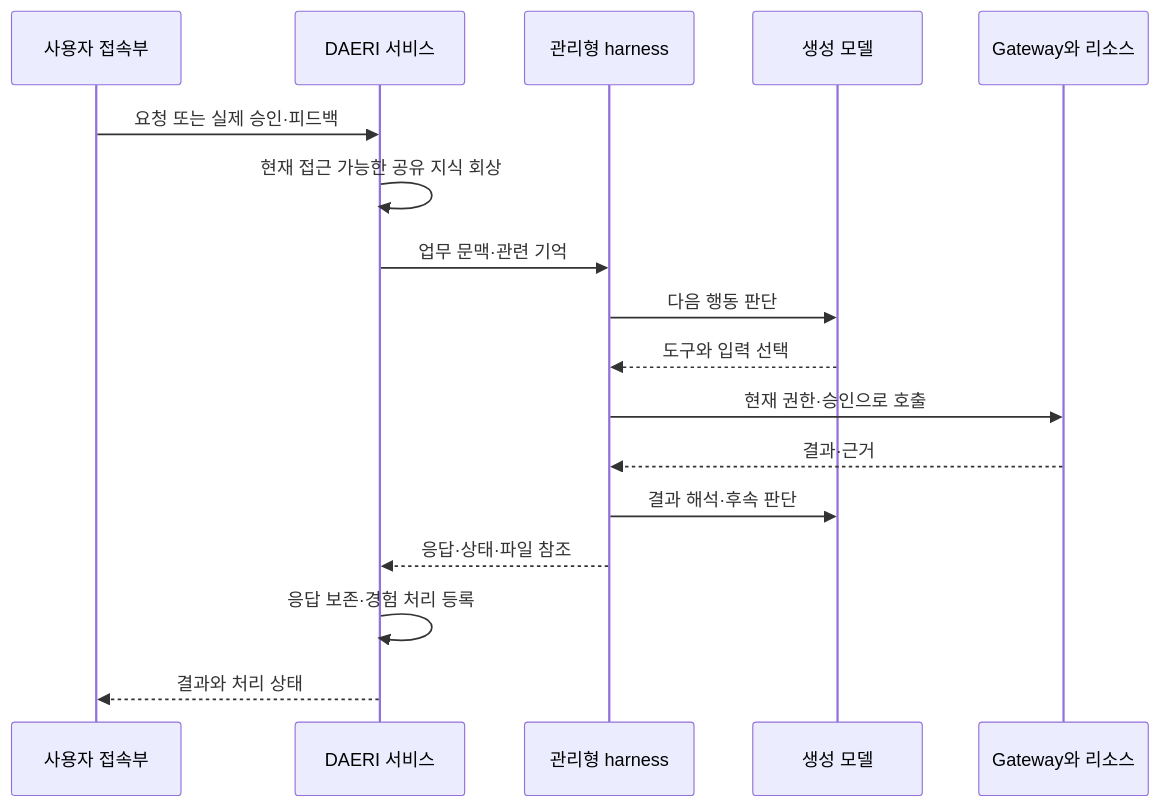
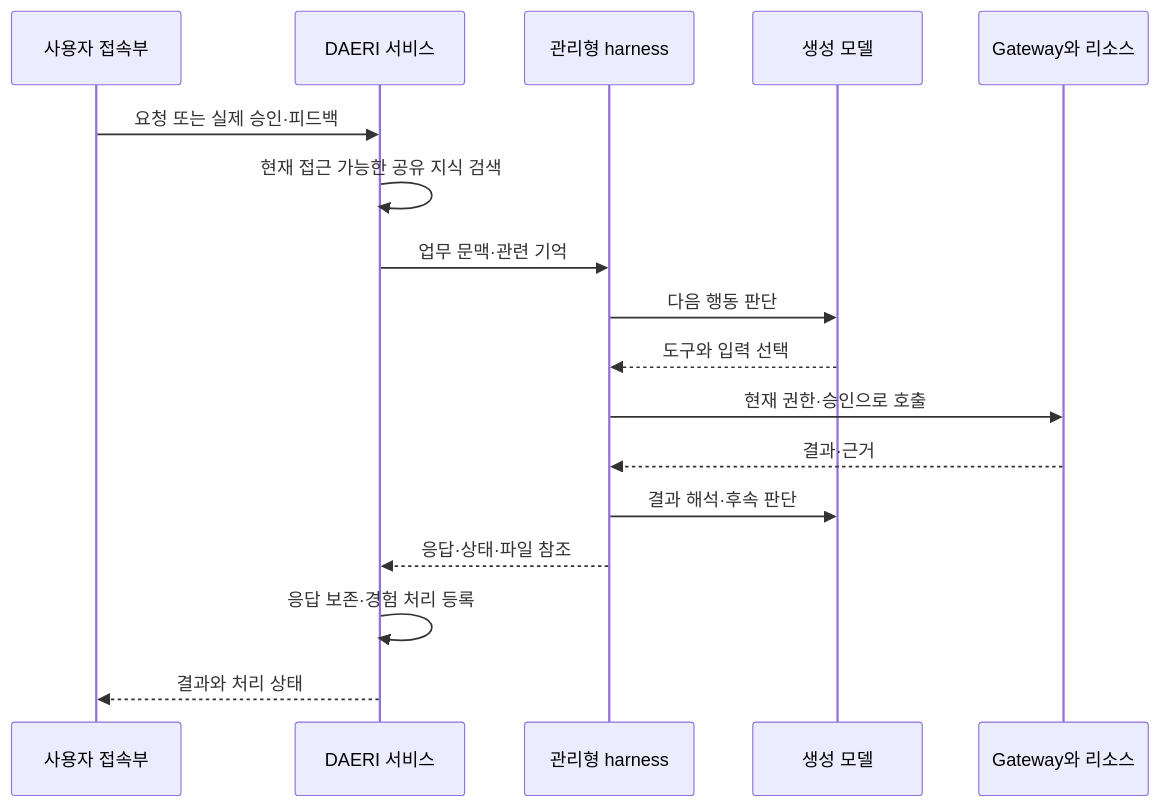
The diagram in docs/architecture/overview.md (VVoodyHong/DAERI), drawn with Mermaid before and after one commit. The commit also changed other lines of this file and 6 other files, not shown here.

````diff
--- a/docs/architecture/overview.md
+++ b/docs/architecture/overview.md
@@ -30,19 +30,19 @@
 ```mermaid
 sequenceDiagram
     participant Client as 사용자 접속부
     participant DAERI as DAERI 서비스
     participant Harness as 관리형 harness
     participant Model as 생성 모델
     participant Gateway as Gateway와 리소스
     Client->>DAERI: 요청 또는 실제 승인·피드백
-    DAERI->>DAERI: 현재 접근 가능한 공유 지식 회상
+    DAERI->>DAERI: 현재 접근 가능한 공유 지식 검색
     DAERI->>Harness: 업무 문맥·관련 기억
     Harness->>Model: 다음 행동 판단
     Model-->>Harness: 도구와 입력 선택
     Harness->>Gateway: 현재 권한·승인으로 호출
     Gateway-->>Harness: 결과·근거
     Harness->>Model: 결과 해석·후속 판단
     Harness-->>DAERI: 응답·상태·파일 참조
     DAERI->>DAERI: 응답 보존·경험 처리 등록
     DAERI-->>Client: 결과와 처리 상태
 ```
````
